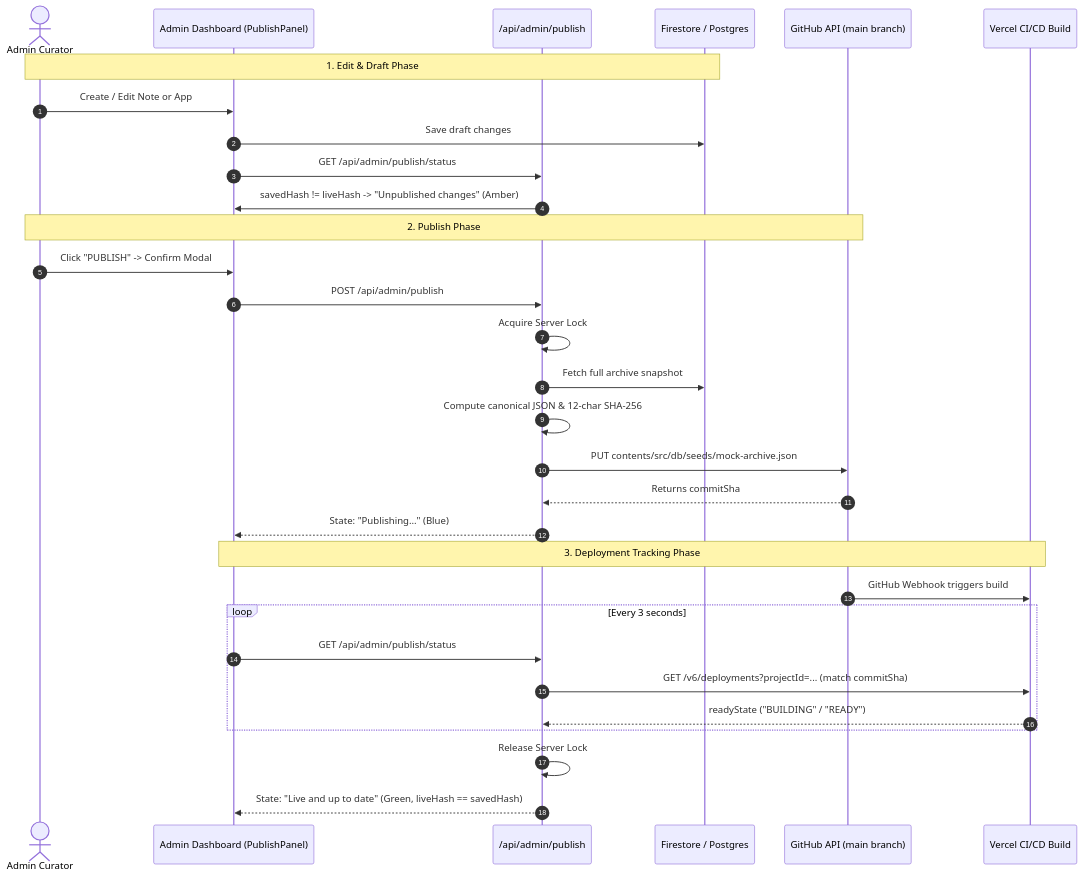
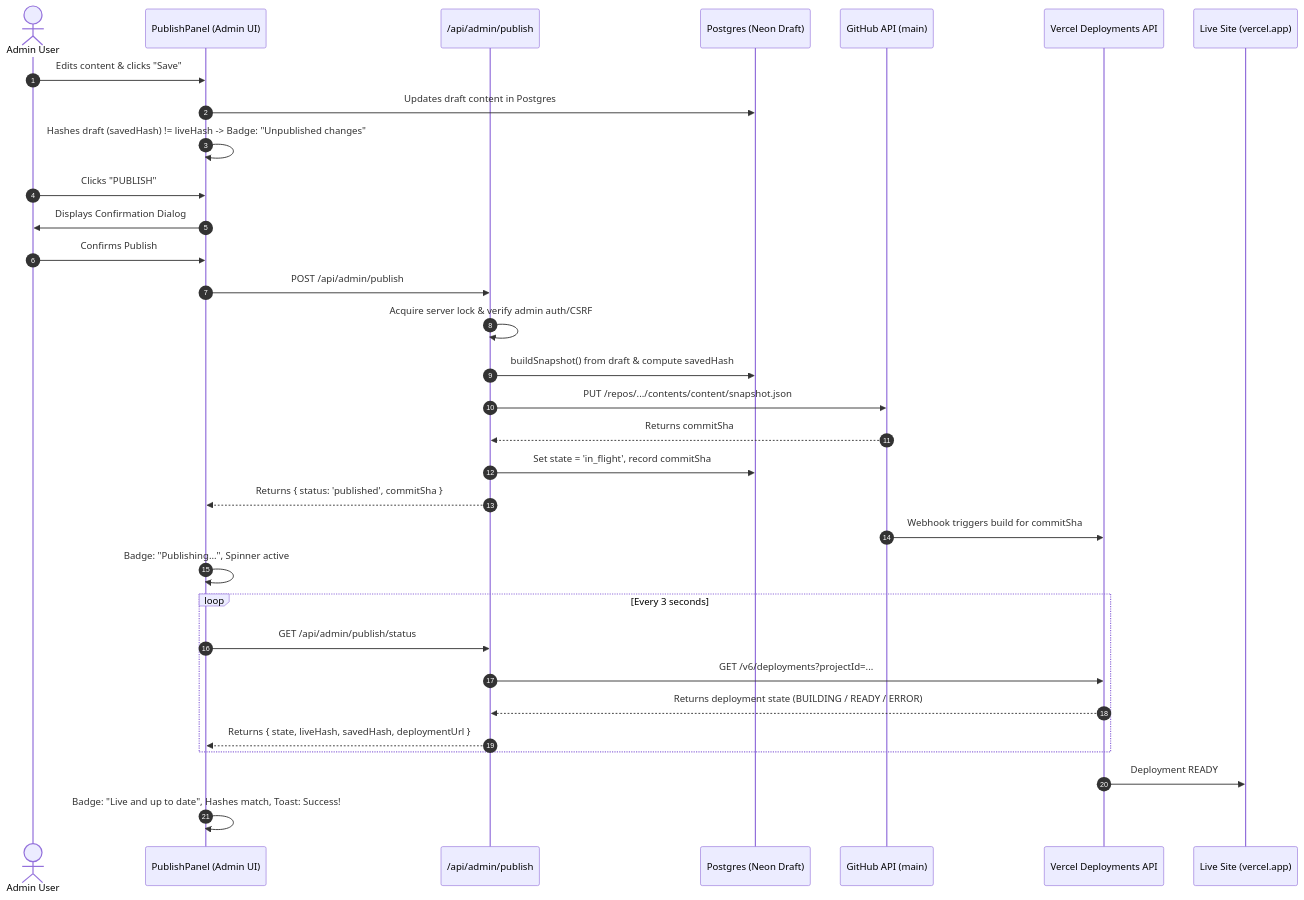
The diagram in PUBLISH_FEATURE_REPORT.md (JeptahIldefonso/JeptahzRepo), drawn with Mermaid before and after one commit. The commit also changed other lines of this file, not shown here.

Commit message:
docs: sync publish feature report with safeguards

````diff
--- a/PUBLISH_FEATURE_REPORT.md
+++ b/PUBLISH_FEATURE_REPORT.md
@@ -31,36 +31,35 @@
 ```mermaid
 sequenceDiagram
     autonumber
-    actor Admin as Admin Curator
-    participant UI as Admin Dashboard (PublishPanel)
+    actor Admin as Admin User
+    participant UI as PublishPanel (Admin UI)
     participant API as /api/admin/publish
-    participant DB as Firestore / Postgres
-    participant GH as GitHub API (main branch)
-    participant Vercel as Vercel CI/CD Build
+    participant DB as Postgres (Neon Draft)
+    participant GH as GitHub API (main)
+    participant VC as Vercel Deployments API
+    participant Live as Live Site (vercel.app)
 
-    Note over Admin,DB: 1. Edit & Draft Phase
-    Admin->>UI: Create / Edit Note or App
-    UI->>DB: Save draft changes
-    UI->>API: GET /api/admin/publish/status
-    API->>UI: savedHash != liveHash -> "Unpublished changes" (Amber)
-
-    Note over Admin,GH: 2. Publish Phase
-    Admin->>UI: Click "PUBLISH" -> Confirm Modal
+    Admin->>UI: Edits content & clicks "Save"
+    UI->>DB: Updates draft content in Postgres
+    UI->>UI: Hashes draft (savedHash) != liveHash -> Badge: "Unpublished changes"
+    Admin->>UI: Clicks "PUBLISH"
+    UI->>Admin: Displays Confirmation Dialog
+    Admin->>UI: Confirms Publish
     UI->>API: POST /api/admin/publish
-    API->>API: Acquire Server Lock
-    API->>DB: Fetch full archive snapshot
-    API->>API: Compute canonical JSON & 12-char SHA-256
-    API->>GH: PUT contents/src/db/seeds/mock-archive.json
+    API->>API: Acquire server lock & verify admin auth/CSRF
+    API->>DB: buildSnapshot() from draft & compute savedHash
+    API->>GH: PUT /repos/.../contents/content/snapshot.json
     GH-->>API: Returns commitSha
-    API-->>UI: State: "Publishing…" (Blue)
-
-    Note over UI,Vercel: 3. Deployment Tracking Phase
-    GH->>Vercel: GitHub Webhook triggers build
+    API->>DB: Set state = 'in_flight', record commitSha
+    API-->>UI: Returns { status: 'published', commitSha }
+    GH->>VC: Webhook triggers build for commitSha
+    UI->>UI: Badge: "Publishing…", Spinner active
     loop Every 3 seconds
         UI->>API: GET /api/admin/publish/status
-        API->>Vercel: GET /v6/deployments?projectId=... (match commitSha)
-        Vercel-->>API: readyState ("BUILDING" / "READY")
+        API->>VC: GET /v6/deployments?projectId=...
+        VC-->>API: Returns deployment state (BUILDING / READY / ERROR)
+        API-->>UI: Returns { state, liveHash, savedHash, deploymentUrl }
     end
-    API->>API: Release Server Lock
-    API-->>UI: State: "Live and up to date" (Green, liveHash == savedHash)
+    VC->>Live: Deployment READY
+    UI->>UI: Badge: "Live and up to date", Hashes match, Toast: Success!
 ```
````
